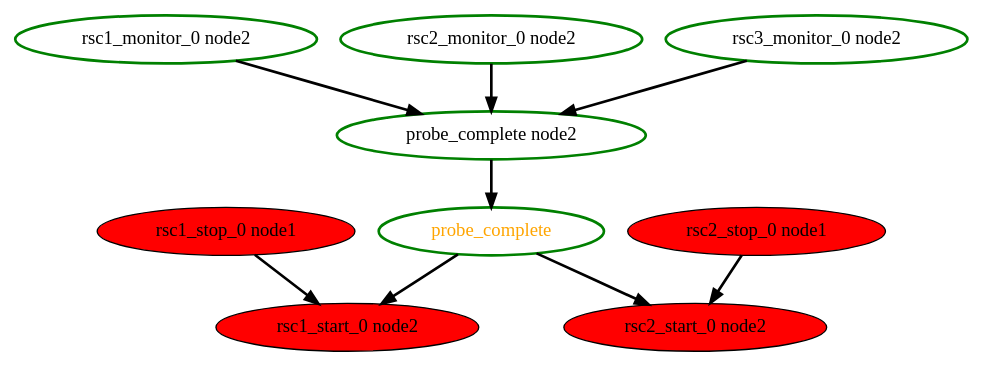
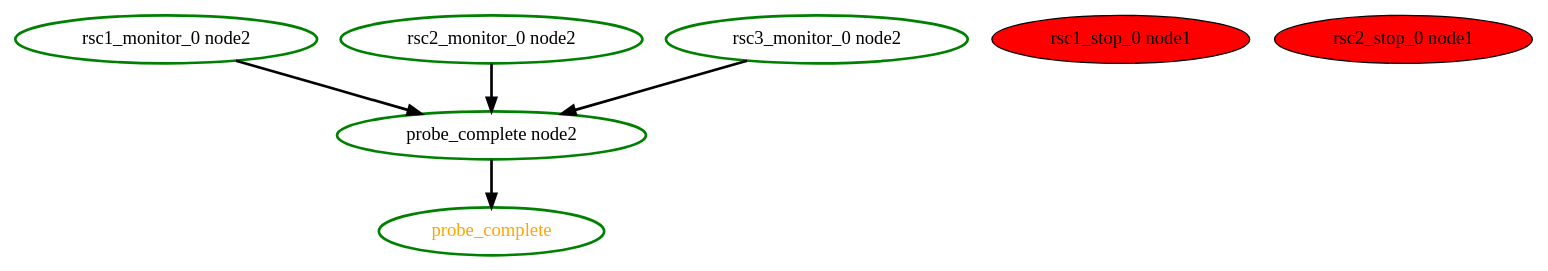
The diagram in crm/pengine/testcases/rec-node-8.dot (richiewen8/heartbeat), drawn with Graphviz before and after one commit. The commit also changed 7 other files, not shown here.

Commit message:
PE: Re-use StartRsc/StopRsc for consistancy

```diff
--- a/crm/pengine/testcases/rec-node-8.dot
+++ b/crm/pengine/testcases/rec-node-8.dot
@@ -1,19 +1,13 @@
  digraph "g" {
 "probe_complete node2" -> "probe_complete" [ style = bold]
 "probe_complete node2" [ style=bold color="green" fontcolor="black" ]
-"probe_complete" -> "rsc1_start_0 node2" [ style = bold]
-"probe_complete" -> "rsc2_start_0 node2" [ style = bold]
 "probe_complete" [ style=bold color="green" fontcolor="orange" ]
 "rsc1_monitor_0 node2" -> "probe_complete node2" [ style = bold]
 "rsc1_monitor_0 node2" [ style=bold color="green" fontcolor="black" ]
-"rsc1_start_0 node2" [ style=filled color="black" fontcolor="black"  fillcolor=red]
-"rsc1_stop_0 node1" -> "rsc1_start_0 node2" [ style = bold]
 "rsc1_stop_0 node1" [ style=filled color="black" fontcolor="black"  fillcolor=red]
 "rsc2_monitor_0 node2" -> "probe_complete node2" [ style = bold]
 "rsc2_monitor_0 node2" [ style=bold color="green" fontcolor="black" ]
-"rsc2_start_0 node2" [ style=filled color="black" fontcolor="black"  fillcolor=red]
-"rsc2_stop_0 node1" -> "rsc2_start_0 node2" [ style = bold]
 "rsc2_stop_0 node1" [ style=filled color="black" fontcolor="black"  fillcolor=red]
 "rsc3_monitor_0 node2" -> "probe_complete node2" [ style = bold]
 "rsc3_monitor_0 node2" [ style=bold color="green" fontcolor="black" ]
 }
```
